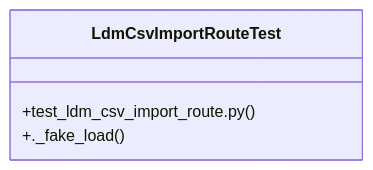
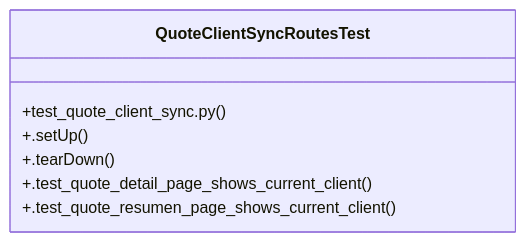
Before and after one commit to Daftrick/ProjectTracker: the diagram in graphify-out/wiki/Community_37.md, drawn with Mermaid. The commit also changed other lines of this file and 413 other files, not shown here.

````diff
--- a/graphify-out/wiki/Community_37.md
+++ b/graphify-out/wiki/Community_37.md
@@ -14,7 +16,10 @@
 ```mermaid
 classDiagram
-    class LdmCsvImportRouteTest {
-        +test_ldm_csv_import_route.py()
-        +._fake_load()
+    class QuoteClientSyncRoutesTest {
+        +test_quote_client_sync.py()
+        +.setUp()
+        +.tearDown()
+        +.test_quote_detail_page_shows_current_client()
+        +.test_quote_resumen_page_shows_current_client()
     }
 ```
````
